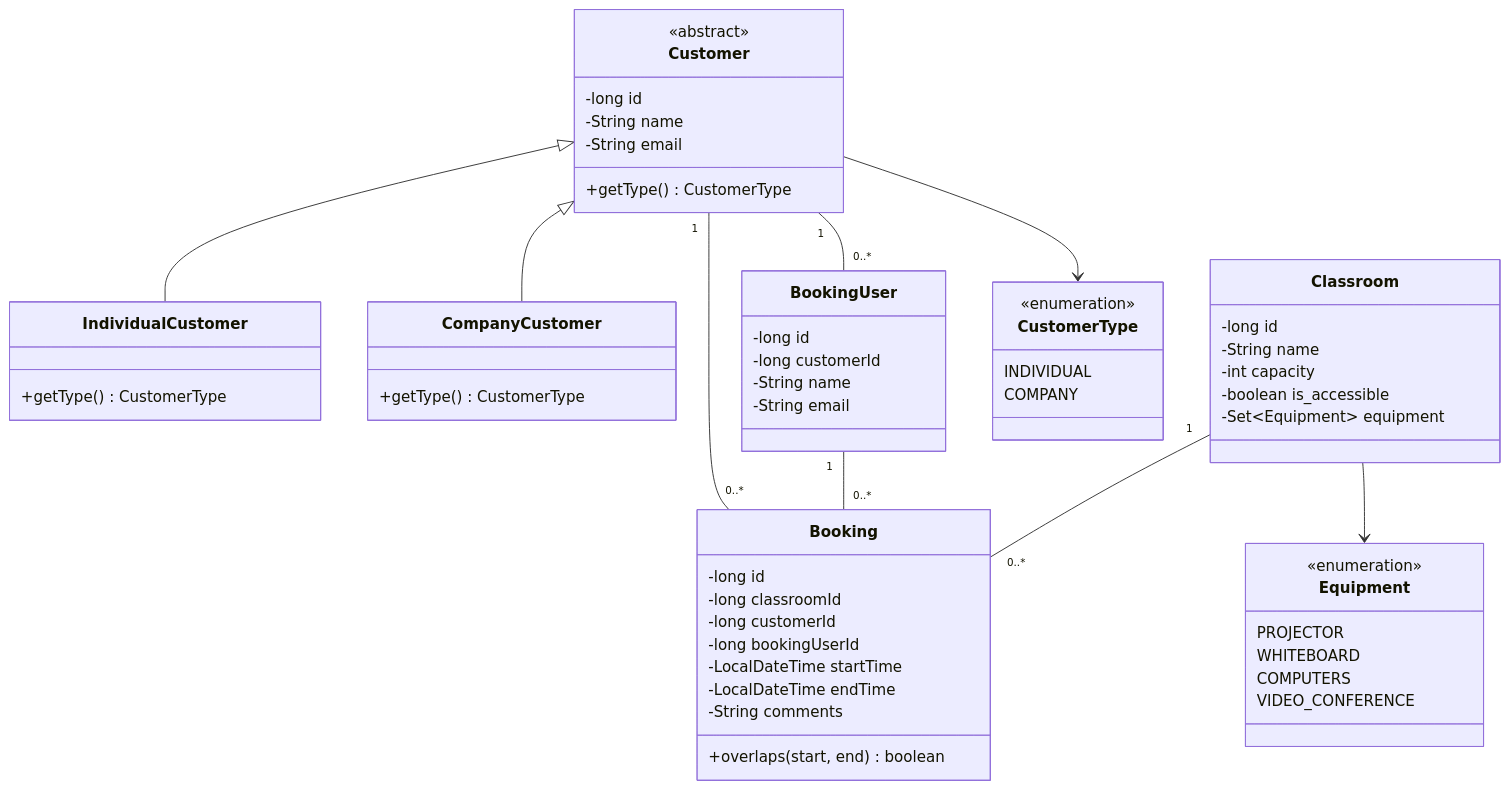
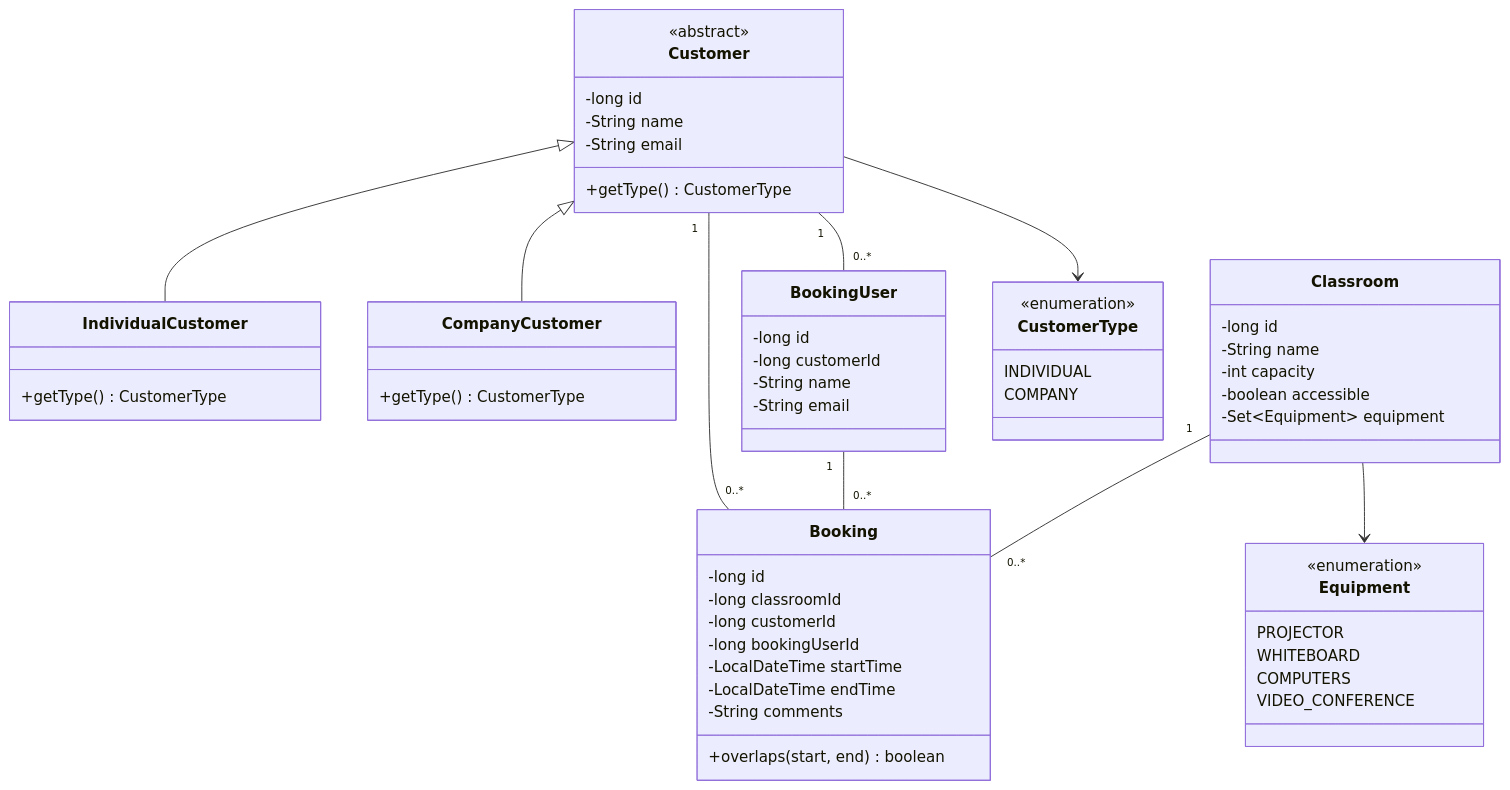
Before and after one commit to jackaldzn-blip/classroom-rental-app: the second of 3 diagrams in docs/DESIGN.md, drawn with Mermaid.

Commit message:
docs: retain Java accessibility field in UML

````diff
--- a/docs/DESIGN.md
+++ b/docs/DESIGN.md
@@ -27,59 +27,59 @@
 ```mermaid
 classDiagram
     class Customer {
         <<abstract>>
         -long id
         -String name
         -String email
         +getType() CustomerType
     }
     class IndividualCustomer {
         +getType() CustomerType
     }
     class CompanyCustomer {
         +getType() CustomerType
     }
     class BookingUser {
         -long id
         -long customerId
         -String name
         -String email
     }
     class Classroom {
         -long id
         -String name
         -int capacity
-        -boolean is_accessible
+        -boolean accessible
         -Set~Equipment~ equipment
     }
     class Booking {
         -long id
         -long classroomId
         -long customerId
         -long bookingUserId
         -LocalDateTime startTime
         -LocalDateTime endTime
         -String comments
         +overlaps(start, end) boolean
     }
     class Equipment {
         <<enumeration>>
         PROJECTOR
         WHITEBOARD
         COMPUTERS
         VIDEO_CONFERENCE
     }
     class CustomerType {
         <<enumeration>>
         INDIVIDUAL
         COMPANY
     }
     Customer <|-- IndividualCustomer
     Customer <|-- CompanyCustomer
     Customer "1" -- "0..*" BookingUser
     Customer "1" -- "0..*" Booking
     BookingUser "1" -- "0..*" Booking
     Classroom "1" -- "0..*" Booking
     Classroom --> Equipment
     Customer --> CustomerType
 ```
````
